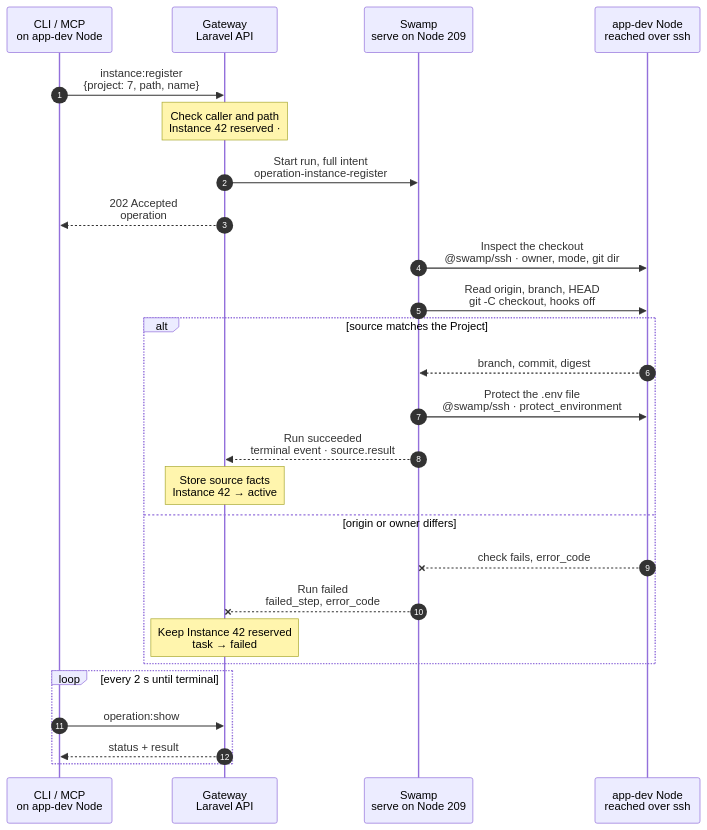
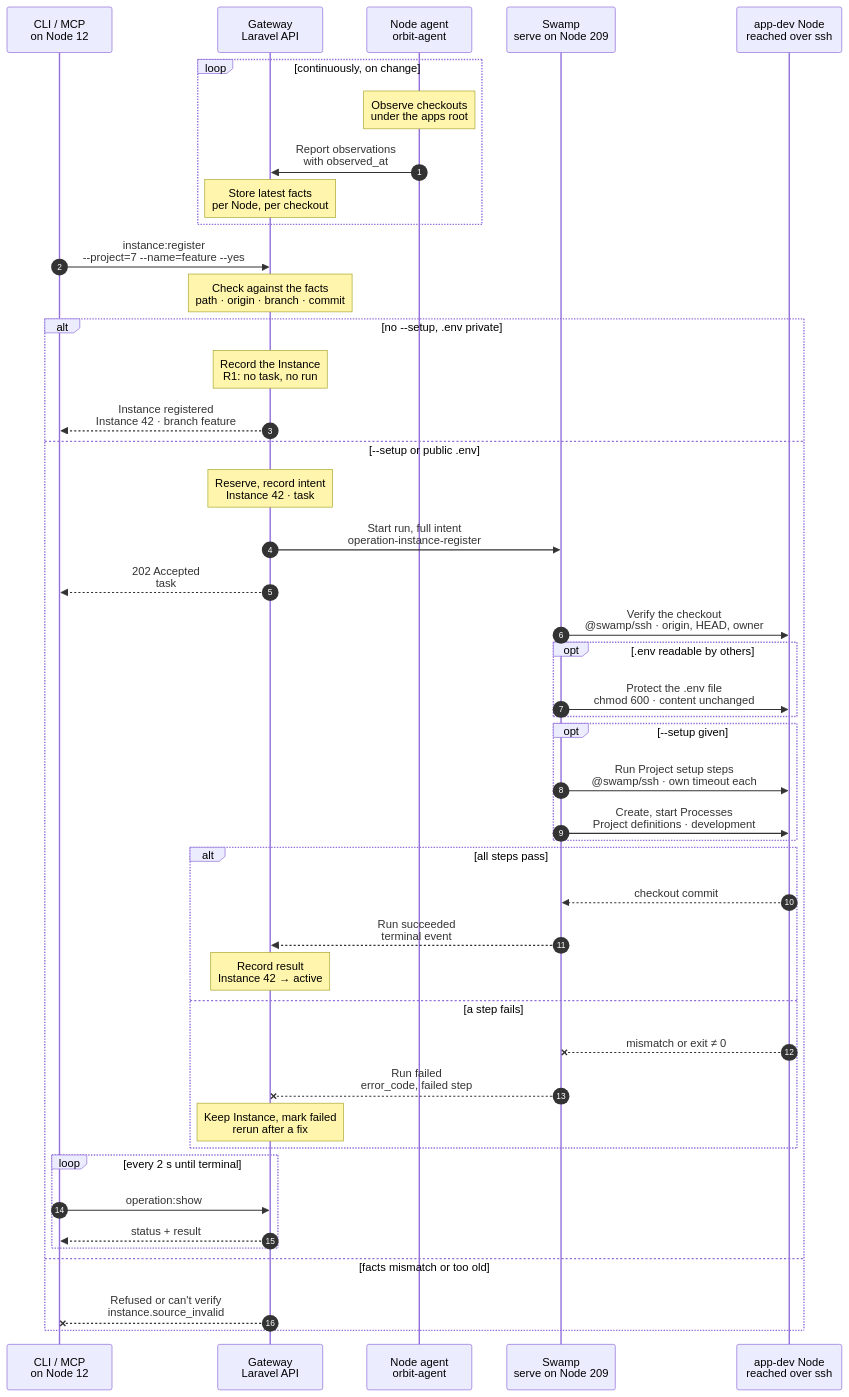
The diagram in docs/flows/instance.register.mmd (hardimpactdev/orbit), drawn with Mermaid before and after one commit. The commit also changed 10 other files, not shown here.

First line of the commit message:
docs(flows): wave 3 charts (dev Instance lifecycle, Project maintenance) (#2436)

```diff
--- a/docs/flows/instance.register.mmd
+++ b/docs/flows/instance.register.mmd
@@ -1,32 +1,156 @@
 sequenceDiagram
-  %% Target design: ADR 0244 task + full intent as inputs, single-swamp-node (@swamp/ssh from 209).
+  %% Target design: rule 1 (read-only from Node agent reports, like tool.adopt), R1 record-only branch, R4 Node-work branch like tool.remove; .env stays the user's file; Processes from Project definitions for development (instance.create). docs/domains/applications.md#register-an-existing-checkout.
   %% status: draft
+  %% command: instance:register
   autonumber
   %% lane CLI icon=terminal pill=caller tone=gray
   %% lane GW icon=gateway pill=intent tone=blue
+  %% lane A icon=server pill=observer tone=amber
   %% lane SW icon=workflow pill=executes tone=green
   %% lane N icon=server pill=target tone=amber
-  participant CLI as CLI / MCP<br/>on app-dev Node
+  participant CLI as CLI / MCP<br/>on Node 12
   participant GW as Gateway<br/>Laravel API
+  participant A as Node agent<br/>orbit-agent
   participant SW as Swamp<br/>serve on Node 209
   participant N as app-dev Node<br/>reached over ssh
-  CLI->>GW: instance:register<br/>{project: 7, path, name}
-  Note over GW: Check caller and path<br/>Instance 42 reserved · #5131
-  GW->>SW: Start run, full intent<br/>operation-instance-register
-  GW-->>CLI: 202 Accepted<br/>operation #5131
-  SW->>N: Inspect the checkout<br/>@swamp/ssh · owner, mode, git dir
-  SW->>N: Read origin, branch, HEAD<br/>git -C checkout, hooks off
-  alt source matches the Project
-    N-->>SW: branch, commit, digest
-    SW->>N: Protect the .env file<br/>@swamp/ssh · protect_environment
-    SW-->>GW: Run succeeded<br/>terminal event · source.result
-    Note over GW: Store source facts<br/>Instance 42 → active
-  else origin or owner differs
-    N--xSW: check fails, error_code
-    SW--xGW: Run failed<br/>failed_step, error_code
-    Note over GW: Keep Instance 42 reserved<br/>task → failed
+  loop continuously, on change
+    Note over A: Observe checkouts<br/>under the apps root
+    %%> What it observes:
+    %%> - each Git checkout under `<apps-root>/<project-slug>/<name>`
+    %%> - its owner, Git layout, origin, branch and `HEAD` commit, and whether it is dirty
+    %%> - whether `.env` exists and who can read it
+    %%> - application facts: PHP version and whether it is Laravel
+    %%> Runs as:
+    %%> - read-only; the Node agent never changes a Node
+    A->>GW: Report observations<br/>with observed_at
+    %%> What it sends:
+    %%> - what changed since the last report, with the time it was observed
+    Note over GW: Store latest facts<br/>per Node, per checkout
+    %%> Result:
+    %%> - the Gateway always has a recent picture of the checkouts on each app-dev Node
   end
-  loop every 2 s until terminal
-    CLI->>GW: operation:show #5131
-    GW-->>CLI: status + result
+  CLI->>GW: instance:register<br/>--project=7 --name=feature --yes
+  %%> Command:
+  %%> - `cd /fast/apps/acme/feature && orbit instance:register --project=7 --name=feature --yes`
+  %%> - syntax: `--project=ID [--path=PATH] [--name=NAME] [--root=PATH] [--setup] [--yes] [--idempotency-key=KEY] [--json]`
+  %%> What registering means:
+  %%> - Orbit adopts a checkout that already exists, in place
+  %%> - Orbit owns the source from now on; a later `instance:destroy` deletes the checkout
+  %%> Confirmation:
+  %%> - without `--yes`, the CLI asks for consent that names the source; the default is No
+  %%> - without a terminal, or with `--json`, `--yes` is required
+  %%> CLI checks first:
+  %%> - the directory is a Git checkout, and its origin has no credentials
+  Note over GW: Check against the facts<br/>path · origin · branch · commit
+  %%> Requirements:
+  %%> - the request comes from Node 12 itself; the Node that sends it receives the Instance
+  %%> - Node 12 has the `app-dev` role, and Project 7 may be placed on it
+  %%> - the name `feature` is free in Project 7
+  %%> Checks in the agent's latest report:
+  %%> - the checkout is at `/fast/apps/acme/feature` and the Node's managed user owns it
+  %%> - its origin is Project 7's repository
+  %%> - it is a plain checkout, not a linked worktree
+  %%> - the report is fresh enough to trust
+  %%> Decides:
+  %%> - whether the Node needs work, or only a record
+  alt no --setup, .env private
+    Note over GW: Record the Instance<br/>R1: no task, no run
+    %%> When:
+    %%> - no `--setup`, and `.env` is absent or readable only by its owner
+    %%> Result:
+    %%> - Instance 42 recorded as active, with the observed branch, commit and application facts
+    %%> - Git `HEAD`, the index, dirty files and `.env` stay as they are
+    %%> - no Swamp run starts (R1)
+    %%> Not included:
+    %%> - no Process starts; use `--setup`, or `instance:setup` later
+    GW-->>CLI: Instance registered<br/>Instance 42 · branch feature
+    %%> What you get:
+    %%> - the final result at once; there is nothing to follow
+  else --setup or public .env
+    Note over GW: Reserve, record intent<br/>Instance 42 · task #5131
+    %%> When:
+    %%> - `--setup` was given, or the agent saw a `.env` that others can read
+    %%> Result:
+    %%> - Instance 42 recorded as reserved, with the observed facts
+    %%> - task #5131 recorded with the full intent
+    %%> Today:
+    %%> - `--setup` returns `operation.kind_unavailable`
+    GW->>SW: Start run, full intent<br/>operation-instance-register
+    %%> What it does:
+    %%> - starts one Swamp run on serve (Node 209)
+    %%> Inputs:
+    %%> - Node 12's address and SSH host keys; the SSH identity comes from the `swamp` role
+    %%> - the observed facts, the setup steps, the development Process definitions
+    GW-->>CLI: 202 Accepted<br/>task #5131
+    %%> What you get:
+    %%> - the task number, at once
+    %%> Next:
+    %%> - the CLI follows the task with `operation:show`
+    SW->>N: Verify the checkout<br/>@swamp/ssh · origin, HEAD, owner
+    %%> What it does:
+    %%> - checks that the checkout still matches the facts the Gateway admitted
+    %%> Why:
+    %%> - the agent's report may be a few seconds old; nothing changes on a different checkout
+    %%> How:
+    %%> - Git commands run with hooks and filesystem monitors off
+    opt .env readable by others
+      SW->>N: Protect the .env file<br/>chmod 600 · content unchanged
+      %%> What it does:
+      %%> - removes group and public read access from `.env`
+      %%> Not included:
+      %%> - never reads or changes the content; the file stays the user's
+    end
+    opt --setup given
+      SW->>N: Run Project setup steps<br/>@swamp/ssh · own timeout each
+      %%> What it does:
+      %%> - runs the Project's setup steps in order, as the Node's managed user, from the repository root
+      %%> Typical steps:
+      %%> - `composer install`, `vp install`, `php artisan migrate`
+      SW->>N: Create, start Processes<br/>Project definitions · development
+      %%> What it does:
+      %%> - creates the Instance's Processes from the Project's Process definitions for `development`
+      %%> - starts them, for example the Vite dev server (`vp-dev`)
+      %%> Why here:
+      %%> - after the setup steps, because Processes need the installed dependencies
+    end
+    alt all steps pass
+      N-->>SW: checkout commit
+      %%> Returns:
+      %%> - the commit that is checked out
+      SW-->>GW: Run succeeded<br/>terminal event
+      %%> How the Gateway learns it:
+      %%> - its shared run reader sees the terminal event; Swamp never calls the Gateway
+      Note over GW: Record result<br/>Instance 42 → active
+      %%> Result:
+      %%> - Instance 42 becomes active, with its Processes when `--setup` was given
+      %%> - task #5131 succeeds
+    else a step fails
+      N--xSW: mismatch or exit ≠ 0
+      %%> When:
+      %%> - the checkout no longer matches, or a setup or Process step fails
+      SW--xGW: Run failed<br/>error_code, failed step
+      %%> The Gateway reads:
+      %%> - which step failed and its error code
+      Note over GW: Keep Instance, mark failed<br/>rerun after a fix
+      %%> Result:
+      %%> - Instance 42 stays, marked failed; task #5131 fails
+      %%> On the Node:
+      %%> - the checkout stays as it is; no rollback
+      %%> Retry:
+      %%> - run the same command again; it is a new task
+    end
+    loop every 2 s until terminal
+      CLI->>GW: operation:show #5131
+      %%> What it does:
+      %%> - asks for the task's status every 2 seconds until it has ended
+      GW-->>CLI: status + result
+      %%> Returns:
+      %%> - the current status, and the result once the task has ended
+    end
+  else facts mismatch or too old
+    GW--xCLI: Refused or can't verify<br/>instance.source_invalid
+    %%> When:
+    %%> - the path, owner, origin or layout doesn't match, or the agent hasn't reported recently
+    %%> Result:
+    %%> - nothing is recorded; fix the source, or try again when the agent reports
   end
```
